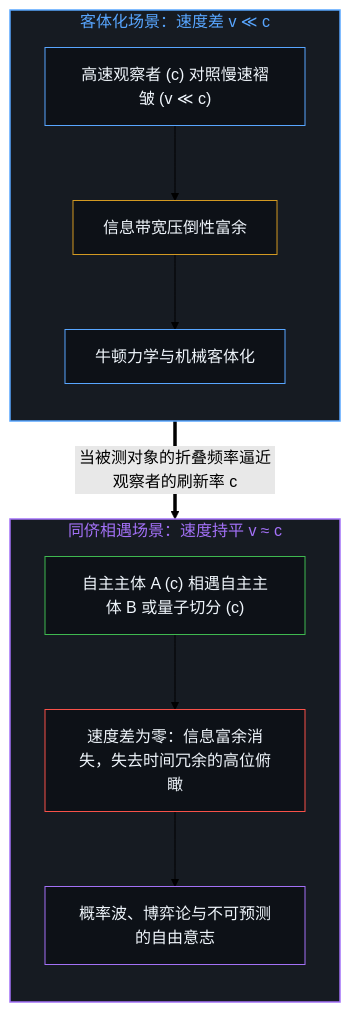
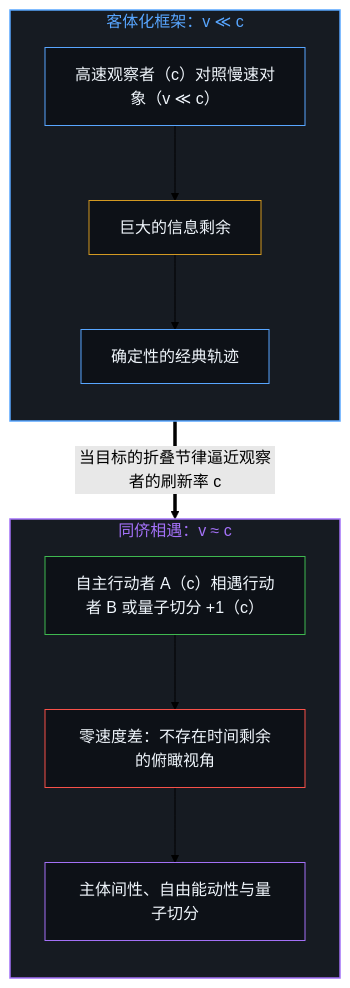
Before and after one commit to powerpig99/not-a-toe: the seventh of 10 diagrams in content/posts/the-velocity-of-visibility.md, drawn with Mermaid (forest theme). The commit also changed other lines of this file and 7 other files, not shown here.

````diff
--- a/content/posts/the-velocity-of-visibility.md
+++ b/content/posts/the-velocity-of-visibility.md
@@ -227,29 +209,26 @@
 ```mermaid
 flowchart TD
-    subgraph S_Objectify["客体化场景：速度差 v ≪ c"]
+    subgraph S_Objectify["客体化框架：v ≪ c"]
         direction TB
-        ObserverFast["高速观察者 (c) 对照慢速褶皱 (v ≪ c)"]
-        Surplus["信息带宽压倒性富余"]
-        Mechanics["牛顿力学与机械客体化"]
+        ObserverFast["高速观察者（c）对照慢速对象（v ≪ c）"]
+        Surplus["巨大的信息剩余"]
+        Mechanics["确定性的经典轨迹"]
         ObserverFast --> Surplus --> Mechanics
     end
-
-    subgraph S_Peer["同侪相遇场景：速度持平 v ≈ c"]
+    subgraph S_Peer["同侪相遇：v ≈ c"]
         direction TB
-        PeerMeet["自主主体 A (c) 相遇自主主体 B 或量子切分 (c)"]
-        ZeroDeficit["速度差为零：信息富余消失，失去时间冗余的高位俯瞰"]
-        Indeterminacy["概率波、博弈论与不可预测的自由意志"]
+        PeerMeet["自主行动者 A（c）相遇行动者 B 或量子切分 +1（c）"]
+        ZeroDeficit["零速度差：不存在时间剩余的俯瞰视角"]
+        Indeterminacy["主体间性、自由能动性与量子切分"]
         PeerMeet --> ZeroDeficit --> Indeterminacy
     end
-
-    Mechanics ==>|"当被测对象的折叠频率逼近观察者的刷新率 c"| PeerMeet
-
+    Mechanics ==>|"当目标的折叠节律逼近观察者的刷新率 c"| PeerMeet
     style S_Objectify fill:#161b22,stroke:#58a6ff,stroke-width:1.5px,color:#58a6ff
     style S_Peer fill:#161b22,stroke:#a371f7,stroke-width:1.5px,color:#a371f7
     style ObserverFast fill:#0d1117,stroke:#58a6ff,stroke-width:1px,color:#f0f6fc
     style Surplus fill:#0d1117,stroke:#d29922,stroke-width:1px,color:#f0f6fc
     style Mechanics fill:#0d1117,stroke:#58a6ff,stroke-width:1px,color:#f0f6fc
     style PeerMeet fill:#0d1117,stroke:#3fb950,stroke-width:1px,color:#f0f6fc
     style ZeroDeficit fill:#0d1117,stroke:#f85149,stroke-width:1px,color:#f0f6fc
     style Indeterminacy fill:#0d1117,stroke:#a371f7,stroke-width:1px,color:#f0f6fc
 ```
````
